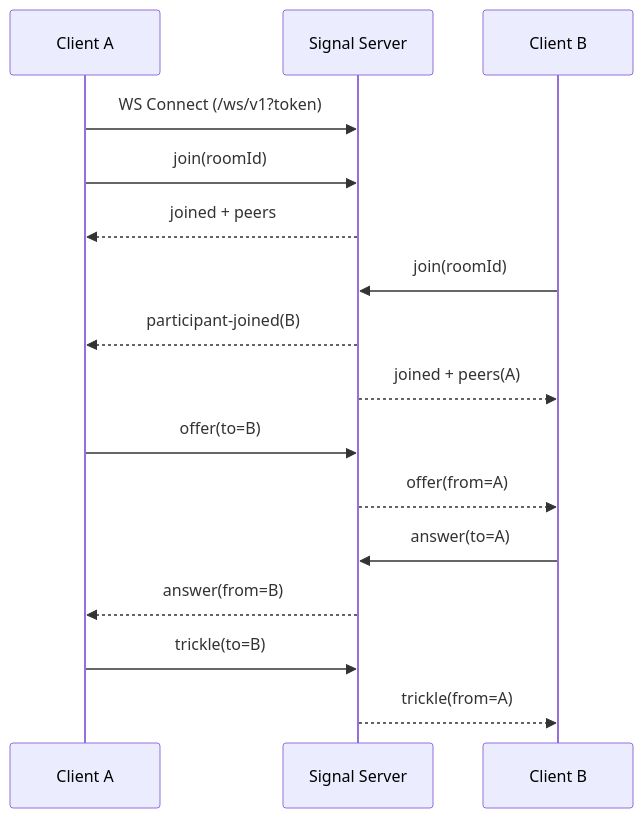
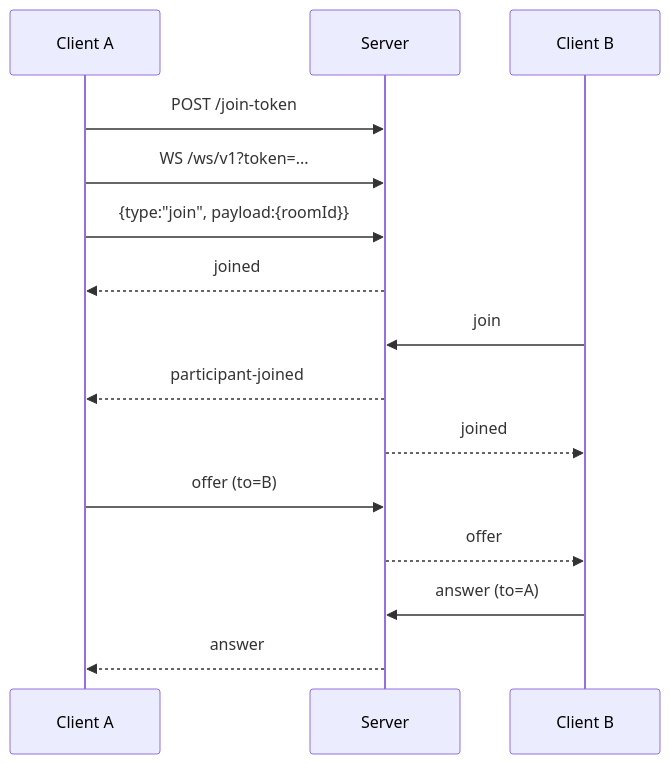
One commit to build-workbench/webrtc-signaling changed the second of 2 diagrams in docs/design.md. Above: the diagram before and after it, drawn with Mermaid. The commit also changed other lines of this file and 26 other files, not shown here.

````diff
--- a/docs/design.md
+++ b/docs/design.md
@@ -89,18 +115,18 @@
 ```mermaid
 sequenceDiagram
-  participant C1 as Client A
-  participant S as Signal Server
-  participant C2 as Client B
-  C1->>S: WS Connect (/ws/v1?token)
-  C1->>S: join(roomId)
-  S-->>C1: joined + peers
-  C2->>S: join(roomId)
-  S-->>C1: participant-joined(B)
-  S-->>C2: joined + peers(A)
-  C1->>S: offer(to=B)
-  S-->>C2: offer(from=A)
-  C2->>S: answer(to=A)
-  S-->>C1: answer(from=B)
-  C1->>S: trickle(to=B)
-  S-->>C2: trickle(from=A)
+  participant A as Client A
+  participant S as Server
+  participant B as Client B
+
+  A->>S: POST /join-token
+  A->>S: WS /ws/v1?token=...
+  A->>S: {type:"join", payload:{roomId}}
+  S-->>A: joined
+  B->>S: join
+  S-->>A: participant-joined
+  S-->>B: joined
+  A->>S: offer (to=B)
+  S-->>B: offer
+  B->>S: answer (to=A)
+  S-->>A: answer
 ```
````
